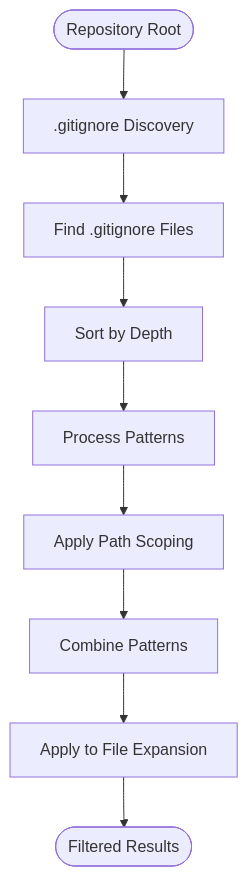
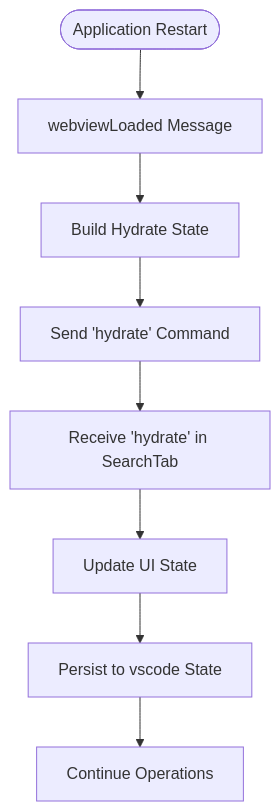
One commit to bramburn/repomix-runner changed the third of 15 diagrams in .qoder/repowiki/en/content/Indexing and Search System/Indexing and Search System.md. Above: the diagram before and after it, drawn with Mermaid. The commit also changed other lines of this file and 41 other files, not shown here.

````diff
--- a/.qoder/repowiki/en/content/Indexing and Search System/Indexing and Search System.md
+++ b/.qoder/repowiki/en/content/Indexing and Search System/Indexing and Search System.md
@@ -235,11 +214,10 @@
 ```mermaid
 flowchart TD
-Start(["Repository Root"]) --> Walk[".gitignore Discovery"]
-Walk --> Find["Find .gitignore Files"]
-Find --> Sort["Sort by Depth"]
-Sort --> Process["Process Patterns"]
-Process --> Scope["Apply Path Scoping"]
-Scope --> Combine["Combine Patterns"]
-Combine --> Filter["Apply to File Expansion"]
-Filter --> End(["Filtered Results"])
+Start(["Application Restart"]) --> WebviewLoaded["webviewLoaded Message"]
+WebviewLoaded --> BuildHydrate["Build Hydrate State"]
+BuildHydrate --> SendHydrate["Send 'hydrate' Command"]
+SendHydrate --> ReceiveHydrate["Receive 'hydrate' in SearchTab"]
+ReceiveHydrate --> UpdateState["Update UI State"]
+UpdateState --> PersistState["Persist to vscode State"]
+PersistState --> ContinueOps["Continue Operations"]
 ```
````
